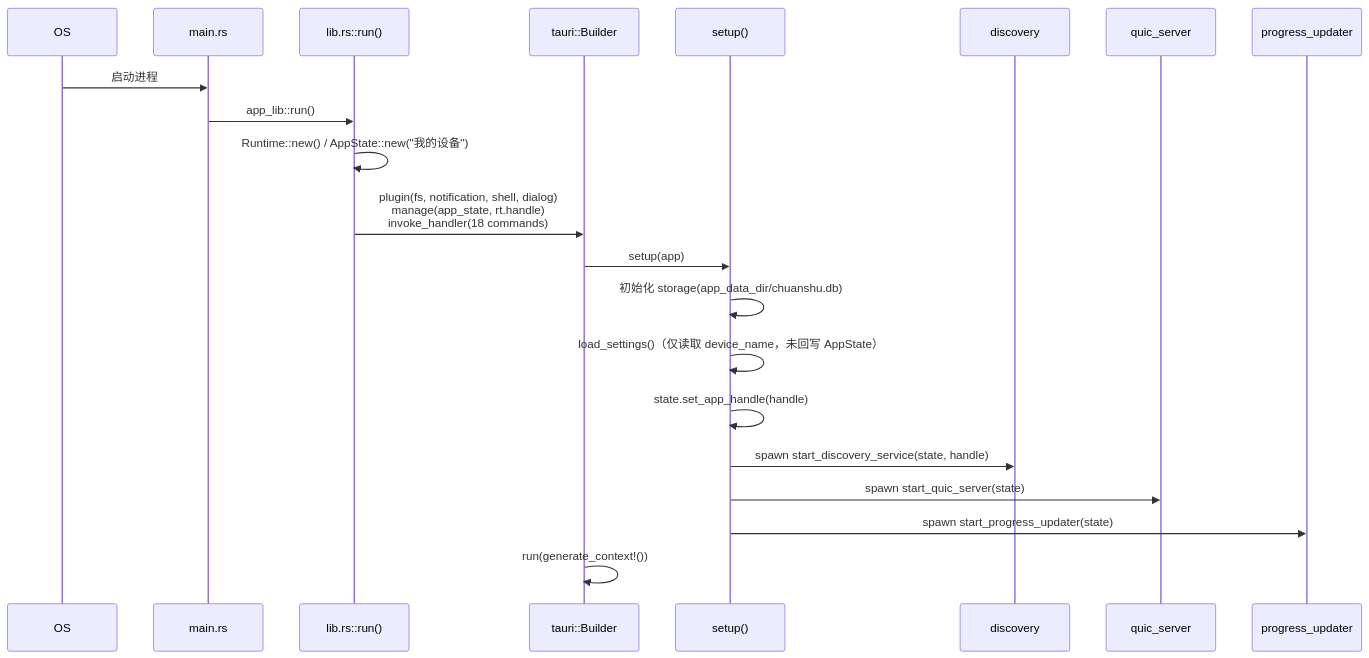
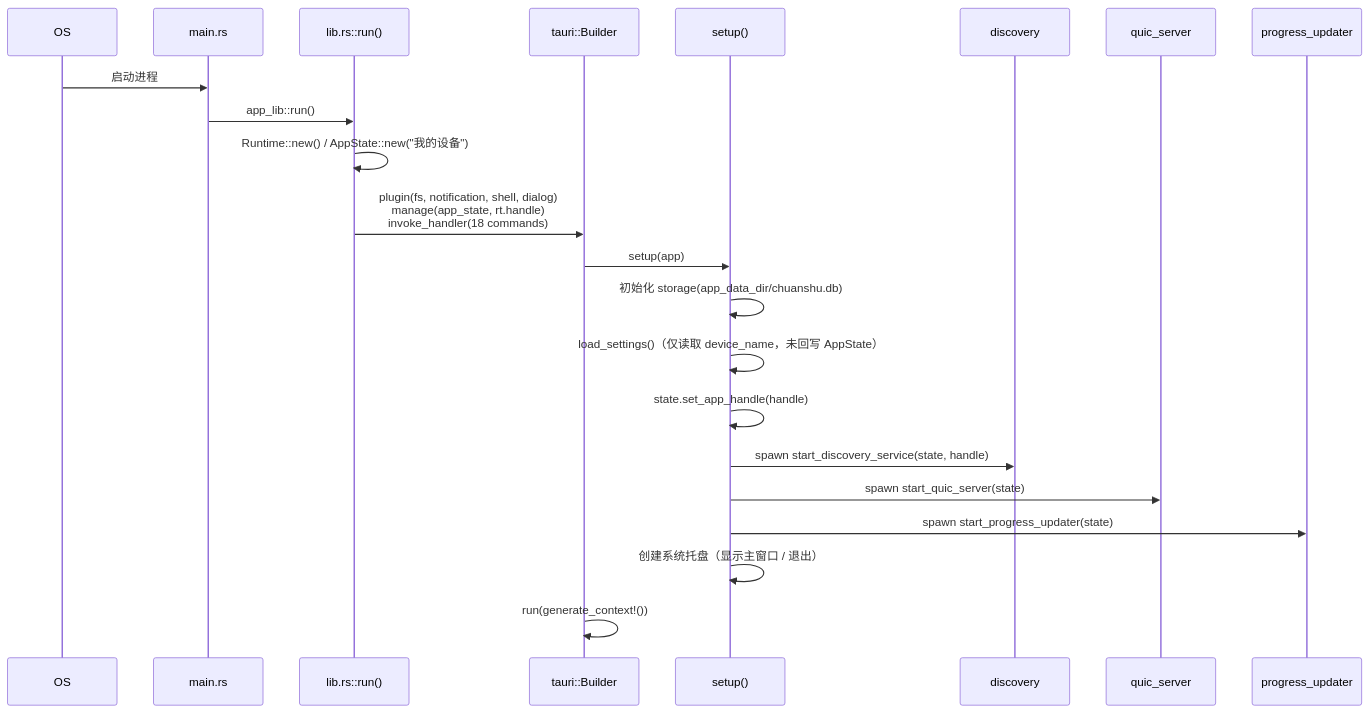
The third of 6 diagrams in docs/code-wiki/01-architecture.md (pardonhan/chuanshu-app), drawn with Mermaid before and after one commit. The commit also changed other lines of this file and 11 other files, not shown here.

````diff
--- a/docs/code-wiki/01-architecture.md
+++ b/docs/code-wiki/01-architecture.md
@@ -100,24 +100,25 @@
 ```mermaid
 sequenceDiagram
     participant OS
     participant Main as main.rs
     participant Lib as lib.rs::run()
     participant Builder as tauri::Builder
     participant Setup as setup()
     participant Disc as discovery
     participant Quic as quic_server
     participant Prog as progress_updater
 
     OS->>Main: 启动进程
     Main->>Lib: app_lib::run()
     Lib->>Lib: Runtime::new() / AppState::new("我的设备")
     Lib->>Builder: plugin(fs, notification, shell, dialog)<br/>manage(app_state, rt.handle)<br/>invoke_handler(18 commands)
     Builder->>Setup: setup(app)
     Setup->>Setup: 初始化 storage(app_data_dir/chuanshu.db)
     Setup->>Setup: load_settings()（仅读取 device_name，未回写 AppState）
     Setup->>Setup: state.set_app_handle(handle)
     Setup->>Disc: spawn start_discovery_service(state, handle)
     Setup->>Quic: spawn start_quic_server(state)
     Setup->>Prog: spawn start_progress_updater(state)
+    Setup->>Setup: 创建系统托盘（显示主窗口 / 退出）
     Builder->>Builder: run(generate_context!())
 ```
````
